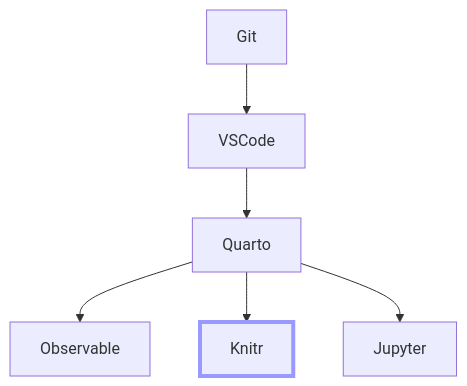
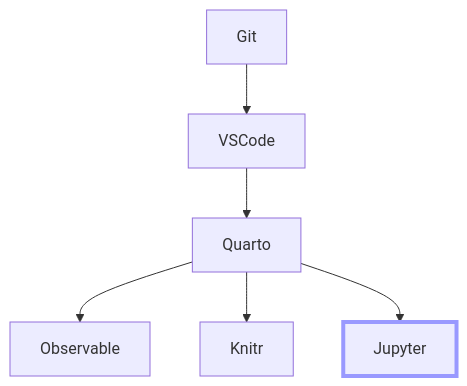
One commit to maptv/maptv.github.io changed the diagram in blog/knitr/knitr.qmd. Above: the diagram before and after it, drawn with Mermaid. The commit also changed 4 other files, not shown here.

````diff
--- a/blog/knitr/knitr.qmd
+++ b/blog/knitr/knitr.qmd
@@ -23,17 +23,17 @@
 ```{mermaid}
 %%| column: margin
 %%| label: fig-navchart
 %%| fig-cap: Tools series navigation chart
 flowchart TB
    A[Git]-->B[VSCode]-->C[Quarto]
    C-->D[Observable]
    C-->E[Knitr]
    C-->F[Jupyter]
    click A "../git"
    click B "../vscode"
    click C "../quarto"
    click D "../observable"
-   click E "../knitr"
-   click F "../jupyter"
-   style E stroke:#99f,stroke-width:4px
+   click E "../jupyter"
+   click F "../knitr"
+   style F stroke:#99f,stroke-width:4px
 ```
````
